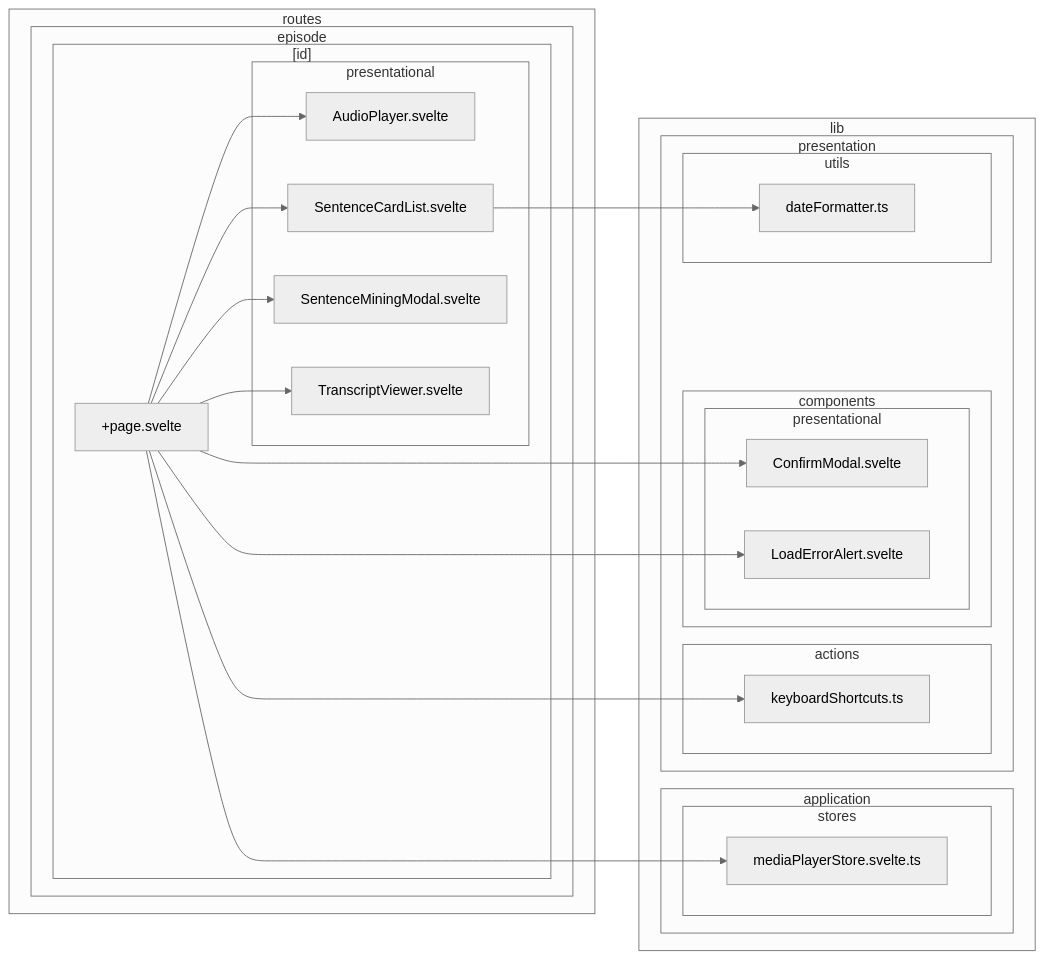
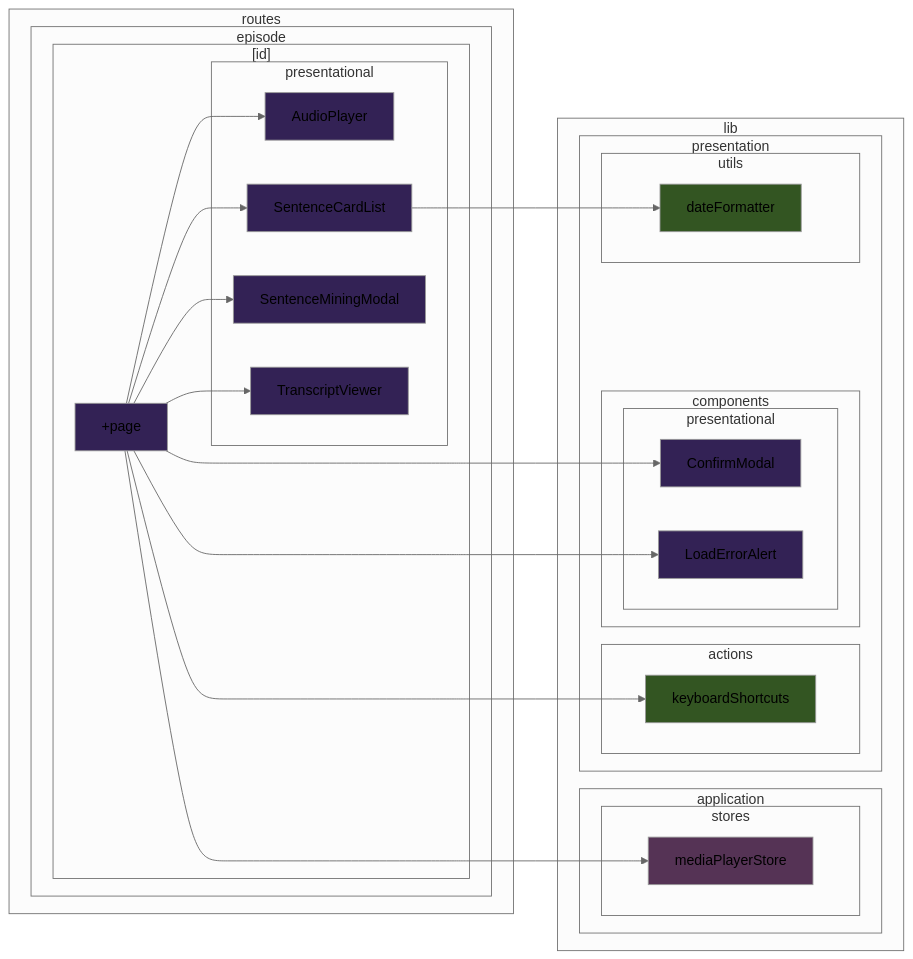
The fourth of 39 diagrams in doc/dependency-graph.md (k5n/kotonoha), drawn with Mermaid (neutral theme) before and after one commit. The commit also changed other lines of this file, not shown here.

````diff
--- a/doc/dependency-graph.md
+++ b/doc/dependency-graph.md
@@ -157,46 +221,59 @@
 ```mermaid
 graph LR
+    classDef cssSvelteComponent fill:#325;
+    classDef cssSvelteScript fill:#535;
+    classDef cssTypeScript fill:#352;
         subgraph sg_lib ["lib"]
             subgraph sg_lib_application ["application"]
                 subgraph sg_lib_application_stores ["stores"]
-                    src_lib_application_stores_mediaPlayerStore_svelte_ts["mediaPlayerStore.svelte.ts"]
+                    src_lib_application_stores_mediaPlayerStore_svelte_ts["mediaPlayerStore"]
                 end
             end
             subgraph sg_lib_presentation ["presentation"]
                 subgraph sg_lib_presentation_actions ["actions"]
-                    src_lib_presentation_actions_keyboardShortcuts_ts["keyboardShortcuts.ts"]
+                    src_lib_presentation_actions_keyboardShortcuts_ts["keyboardShortcuts"]
                 end
                 subgraph sg_lib_presentation_components ["components"]
                     subgraph sg_lib_presentation_components_presentational ["presentational"]
-                        src_lib_presentation_components_presentational_ConfirmModal_svelte["ConfirmModal.svelte"]
-                        src_lib_presentation_components_presentational_LoadErrorAlert_svelte["LoadErrorAlert.svelte"]
+                        src_lib_presentation_components_presentational_ConfirmModal_svelte["ConfirmModal"]
+                        src_lib_presentation_components_presentational_LoadErrorAlert_svelte["LoadErrorAlert"]
                     end
                 end
                 subgraph sg_lib_presentation_utils ["utils"]
-                    src_lib_presentation_utils_dateFormatter_ts["dateFormatter.ts"]
+                    src_lib_presentation_utils_dateFormatter_ts["dateFormatter"]
                 end
             end
         end
         subgraph sg_routes ["routes"]
             subgraph sg_routes_episode ["episode"]
                 subgraph sg_routes_episode__id_ ["[id]"]
-                    src_routes_episode__id___page_svelte["+page.svelte"]
+                    src_routes_episode__id___page_svelte["+page"]
                     subgraph sg_routes_episode__id__presentational ["presentational"]
-                        src_routes_episode__id__presentational_AudioPlayer_svelte["AudioPlayer.svelte"]
-                        src_routes_episode__id__presentational_SentenceCardList_svelte["SentenceCardList.svelte"]
-                        src_routes_episode__id__presentational_SentenceMiningModal_svelte["SentenceMiningModal.svelte"]
-                        src_routes_episode__id__presentational_TranscriptViewer_svelte["TranscriptViewer.svelte"]
+                        src_routes_episode__id__presentational_AudioPlayer_svelte["AudioPlayer"]
+                        src_routes_episode__id__presentational_SentenceCardList_svelte["SentenceCardList"]
+                        src_routes_episode__id__presentational_SentenceMiningModal_svelte["SentenceMiningModal"]
+                        src_routes_episode__id__presentational_TranscriptViewer_svelte["TranscriptViewer"]
                     end
                 end
             end
         end
     src_routes_episode__id___page_svelte --> src_lib_application_stores_mediaPlayerStore_svelte_ts
     src_routes_episode__id___page_svelte --> src_lib_presentation_actions_keyboardShortcuts_ts
     src_routes_episode__id___page_svelte --> src_lib_presentation_components_presentational_ConfirmModal_svelte
     src_routes_episode__id___page_svelte --> src_lib_presentation_components_presentational_LoadErrorAlert_svelte
     src_routes_episode__id___page_svelte --> src_routes_episode__id__presentational_AudioPlayer_svelte
     src_routes_episode__id___page_svelte --> src_routes_episode__id__presentational_SentenceCardList_svelte
     src_routes_episode__id___page_svelte --> src_routes_episode__id__presentational_SentenceMiningModal_svelte
     src_routes_episode__id___page_svelte --> src_routes_episode__id__presentational_TranscriptViewer_svelte
     src_routes_episode__id__presentational_SentenceCardList_svelte --> src_lib_presentation_utils_dateFormatter_ts
+    class src_lib_application_stores_mediaPlayerStore_svelte_ts cssSvelteScript
+    class src_lib_presentation_actions_keyboardShortcuts_ts cssTypeScript
+    class src_lib_presentation_components_presentational_ConfirmModal_svelte cssSvelteComponent
+    class src_lib_presentation_components_presentational_LoadErrorAlert_svelte cssSvelteComponent
+    class src_lib_presentation_utils_dateFormatter_ts cssTypeScript
+    class src_routes_episode__id___page_svelte cssSvelteComponent
+    class src_routes_episode__id__presentational_AudioPlayer_svelte cssSvelteComponent
+    class src_routes_episode__id__presentational_SentenceCardList_svelte cssSvelteComponent
+    class src_routes_episode__id__presentational_SentenceMiningModal_svelte cssSvelteComponent
+    class src_routes_episode__id__presentational_TranscriptViewer_svelte cssSvelteComponent
 ```
````
